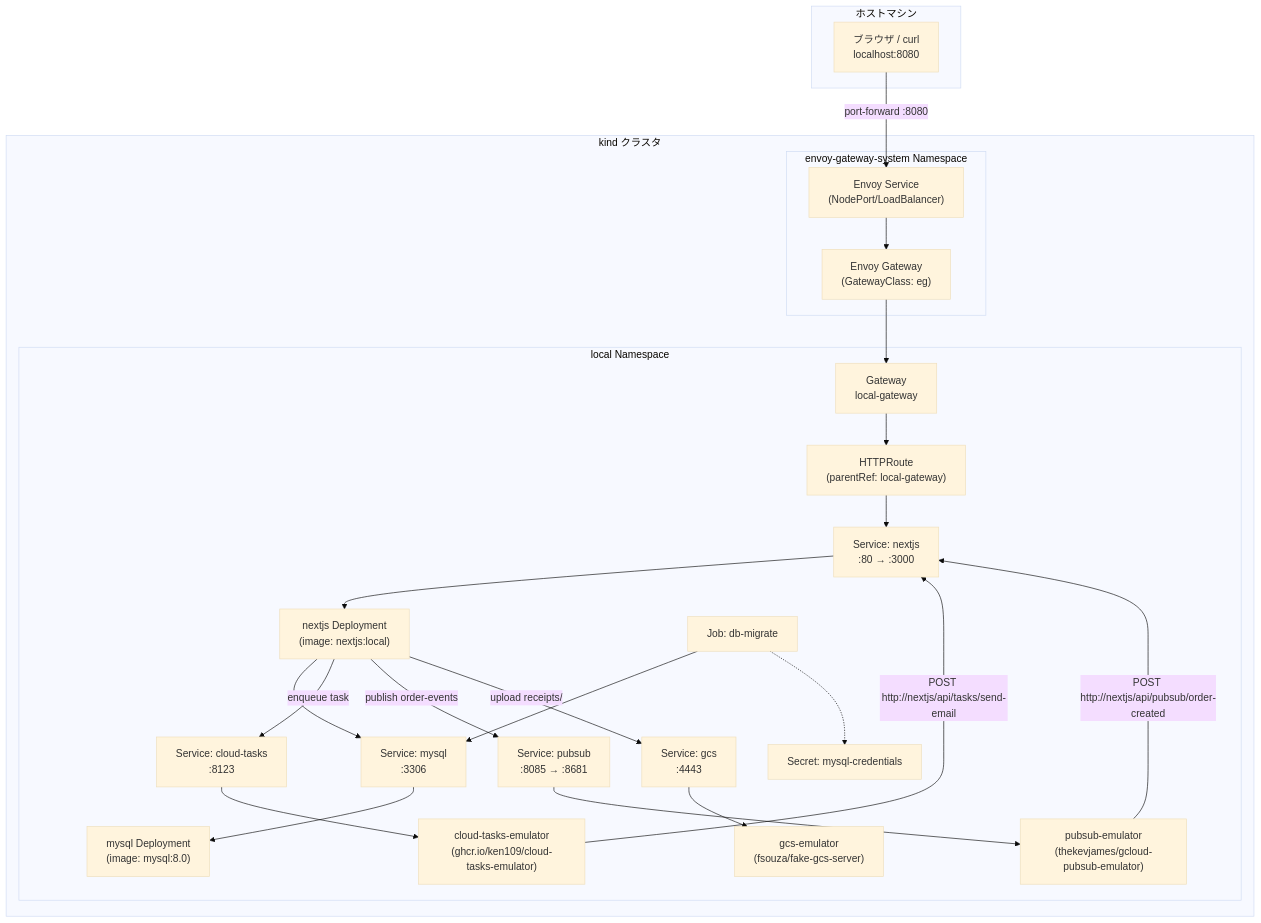
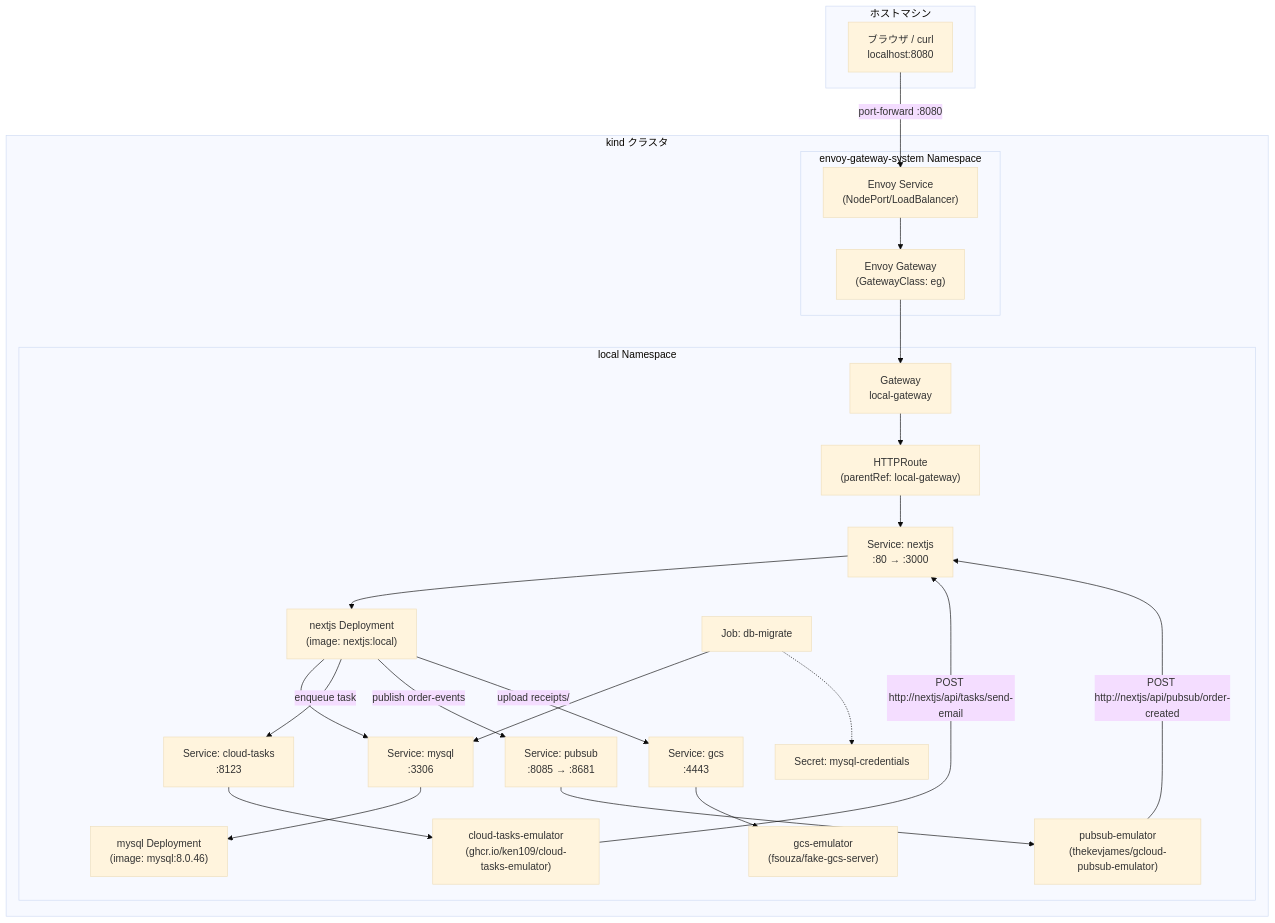
The first of 3 diagrams in README.md (sikeda107/k8s-preview-environment-sample), drawn with Mermaid (base theme) before and after one commit. The commit also changed other lines of this file and 28 other files, not shown here.

````diff
--- a/README.md
+++ b/README.md
@@ -39,49 +39,49 @@
 ```mermaid
 graph TD
     subgraph host["ホストマシン"]
         browser["ブラウザ / curl\nlocalhost:8080"]
     end
 
     subgraph kind["kind クラスタ"]
         subgraph envoy["envoy-gateway-system Namespace"]
             eg["Envoy Gateway\n(GatewayClass: eg)"]
             svc_envoy["Envoy Service\n(NodePort/LoadBalancer)"]
         end
 
         subgraph local["local Namespace"]
             gw["Gateway\nlocal-gateway"]
             httproute["HTTPRoute\n(parentRef: local-gateway)"]
             nextjs["nextjs Deployment\n(image: nextjs:local)"]
             nextjs_svc["Service: nextjs\n:80 → :3000"]
-            mysql["mysql Deployment\n(image: mysql:8.0)"]
+            mysql["mysql Deployment\n(image: mysql:8.0.46)"]
             mysql_svc["Service: mysql\n:3306"]
             emulator["cloud-tasks-emulator\n(ghcr.io/ken109/cloud-tasks-emulator)"]
             emulator_svc["Service: cloud-tasks\n:8123"]
             pubsub["pubsub-emulator\n(thekevjames/gcloud-pubsub-emulator)"]
             pubsub_svc["Service: pubsub\n:8085 → :8681"]
             gcs["gcs-emulator\n(fsouza/fake-gcs-server)"]
             gcs_svc["Service: gcs\n:4443"]
             migrate["Job: db-migrate"]
             secret["Secret: mysql-credentials"]
         end
     end
 
     browser -- "port-forward :8080" --> svc_envoy
     svc_envoy --> eg
     eg --> gw
     gw --> httproute
     httproute --> nextjs_svc
     nextjs_svc --> nextjs
     nextjs --> mysql_svc
     mysql_svc --> mysql
     nextjs -- "enqueue task" --> emulator_svc
     emulator_svc --> emulator
     emulator -- "POST http://nextjs/api/tasks/send-email" --> nextjs_svc
     nextjs -- "publish order-events" --> pubsub_svc
     pubsub_svc --> pubsub
     pubsub -- "POST http://nextjs/api/pubsub/order-created" --> nextjs_svc
     nextjs -- "upload receipts/" --> gcs_svc
     gcs_svc --> gcs
     migrate --> mysql_svc
     migrate -.-> secret
 ```
````
